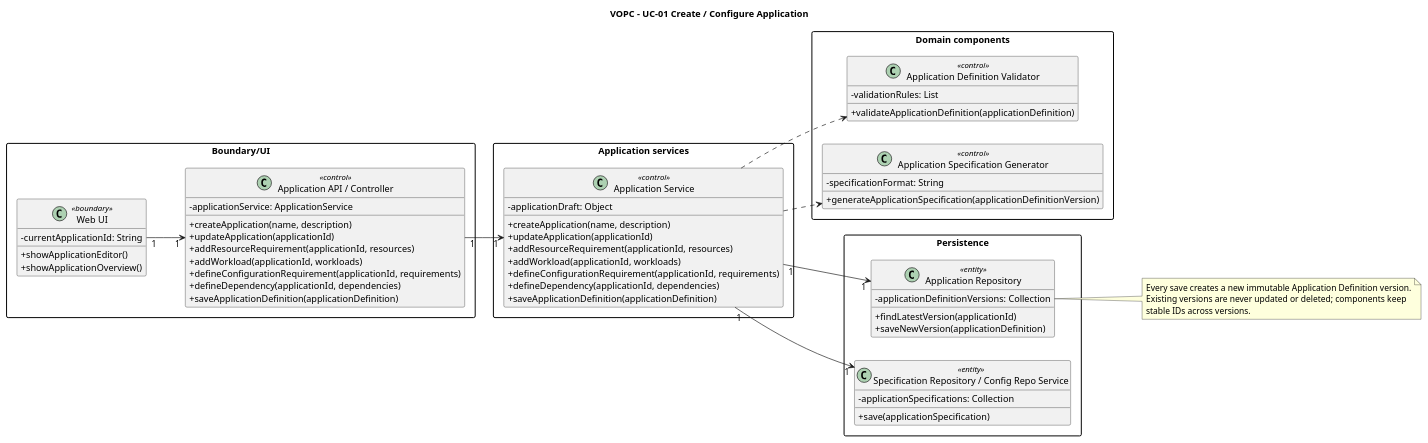
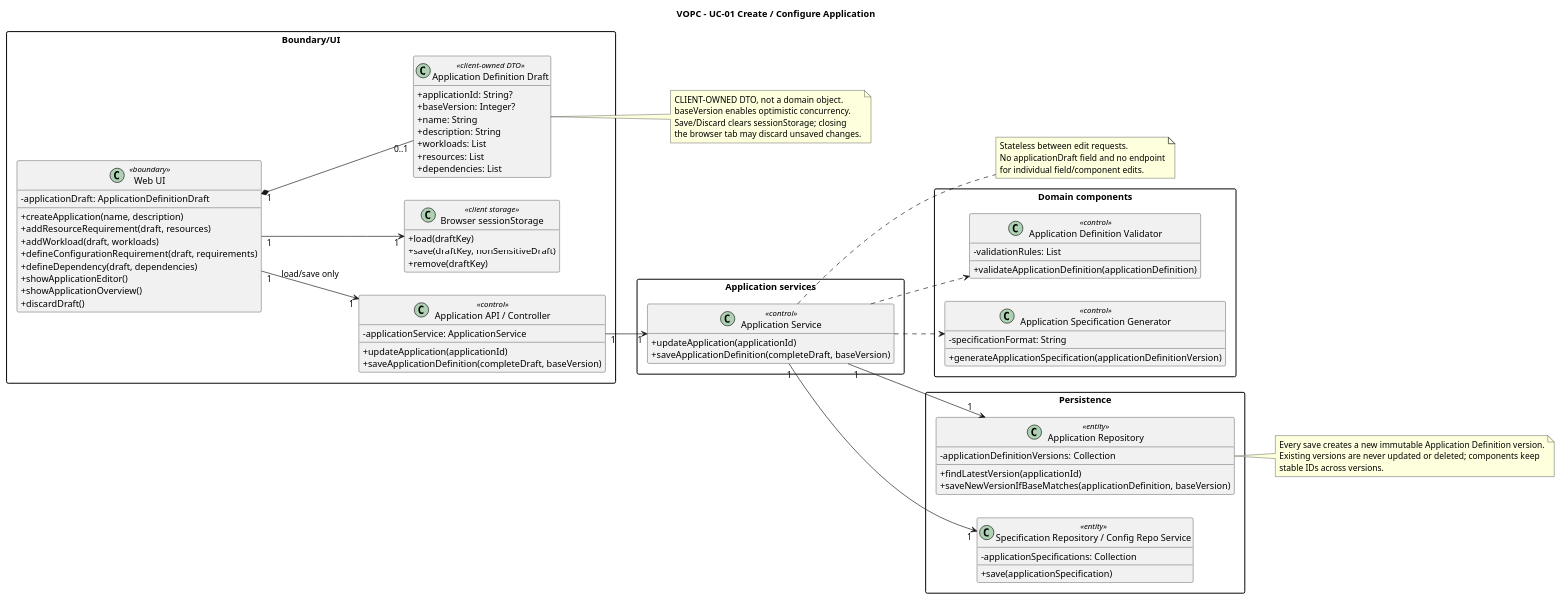
The diagram in docs/use-cases/UC-01/vopc.puml (pr3s3nt/final_idp), drawn with PlantUML before and after one commit. The commit also changed 19 other files, not shown here.

Commit message:
docs: resolve browser-owned draft lifecycle

```diff
--- a/docs/use-cases/UC-01/vopc.puml
+++ b/docs/use-cases/UC-01/vopc.puml
@@ -1,76 +1,100 @@
 @startuml
 title VOPC - UC-01 Create / Configure Application
 
 left to right direction
 skinparam packageStyle rectangle
 skinparam classAttributeIconSize 0
 hide empty members
 
 package "Boundary/UI" {
   class "Web UI" as WebUI <<boundary>> {
-    -currentApplicationId: String
+    -applicationDraft: ApplicationDefinitionDraft
+    +createApplication(name, description)
+    +addResourceRequirement(draft, resources)
+    +addWorkload(draft, workloads)
+    +defineConfigurationRequirement(draft, requirements)
+    +defineDependency(draft, dependencies)
     +showApplicationEditor()
     +showApplicationOverview()
+    +discardDraft()
+  }
+  class "Application Definition Draft" as ApplicationDraft <<client-owned DTO>> {
+    +applicationId: String?
+    +baseVersion: Integer?
+    +name: String
+    +description: String
+    +workloads: List
+    +resources: List
+    +dependencies: List
+  }
+  class "Browser sessionStorage" as DraftStore <<client storage>> {
+    +load(draftKey)
+    +save(draftKey, nonSensitiveDraft)
+    +remove(draftKey)
   }
   class "Application API / Controller" as ApplicationAPI <<control>> {
     -applicationService: ApplicationService
-    +createApplication(name, description)
     +updateApplication(applicationId)
-    +addResourceRequirement(applicationId, resources)
-    +addWorkload(applicationId, workloads)
-    +defineConfigurationRequirement(applicationId, requirements)
-    +defineDependency(applicationId, dependencies)
-    +saveApplicationDefinition(applicationDefinition)
+    +saveApplicationDefinition(completeDraft, baseVersion)
   }
 }
 
 package "Application services" {
   class "Application Service" as ApplicationService <<control>> {
-    -applicationDraft: Object
-    +createApplication(name, description)
     +updateApplication(applicationId)
-    +addResourceRequirement(applicationId, resources)
-    +addWorkload(applicationId, workloads)
-    +defineConfigurationRequirement(applicationId, requirements)
-    +defineDependency(applicationId, dependencies)
-    +saveApplicationDefinition(applicationDefinition)
+    +saveApplicationDefinition(completeDraft, baseVersion)
   }
 }
 
 package "Domain components" {
   class "Application Definition Validator" as Validator <<control>> {
     -validationRules: List
     +validateApplicationDefinition(applicationDefinition)
   }
   class "Application Specification Generator" as SpecGenerator <<control>> {
     -specificationFormat: String
     +generateApplicationSpecification(applicationDefinitionVersion)
   }
 }
 
 package "Persistence" {
   class "Application Repository" as AppRepo <<entity>> {
     -applicationDefinitionVersions: Collection
     +findLatestVersion(applicationId)
-    +saveNewVersion(applicationDefinition)
+    +saveNewVersionIfBaseMatches(applicationDefinition, baseVersion)
   }
   class "Specification Repository / Config Repo Service" as SpecRepo <<entity>> {
     -applicationSpecifications: Collection
     +save(applicationSpecification)
   }
 }
 
-WebUI "1" --> "1" ApplicationAPI
+WebUI "1" *-- "0..1" ApplicationDraft
+WebUI "1" --> "1" DraftStore
+WebUI "1" --> "1" ApplicationAPI : load/save only
 ApplicationAPI "1" --> "1" ApplicationService
 ApplicationService ..> Validator
 ApplicationService "1" --> "1" AppRepo
 ApplicationService ..> SpecGenerator
 ApplicationService "1" --> "1" SpecRepo
+
+note right of ApplicationDraft
+  CLIENT-OWNED DTO, not a domain object.
+  baseVersion enables optimistic concurrency.
+  Save/Discard clears sessionStorage; closing
+  the browser tab may discard unsaved changes.
+end note
+
+note right of ApplicationService
+  Stateless between edit requests.
+  No applicationDraft field and no endpoint
+  for individual field/component edits.
+end note
 
 note right of AppRepo
   Every save creates a new immutable Application Definition version.
   Existing versions are never updated or deleted; components keep
   stable IDs across versions.
 end note
 
 @enduml
```
